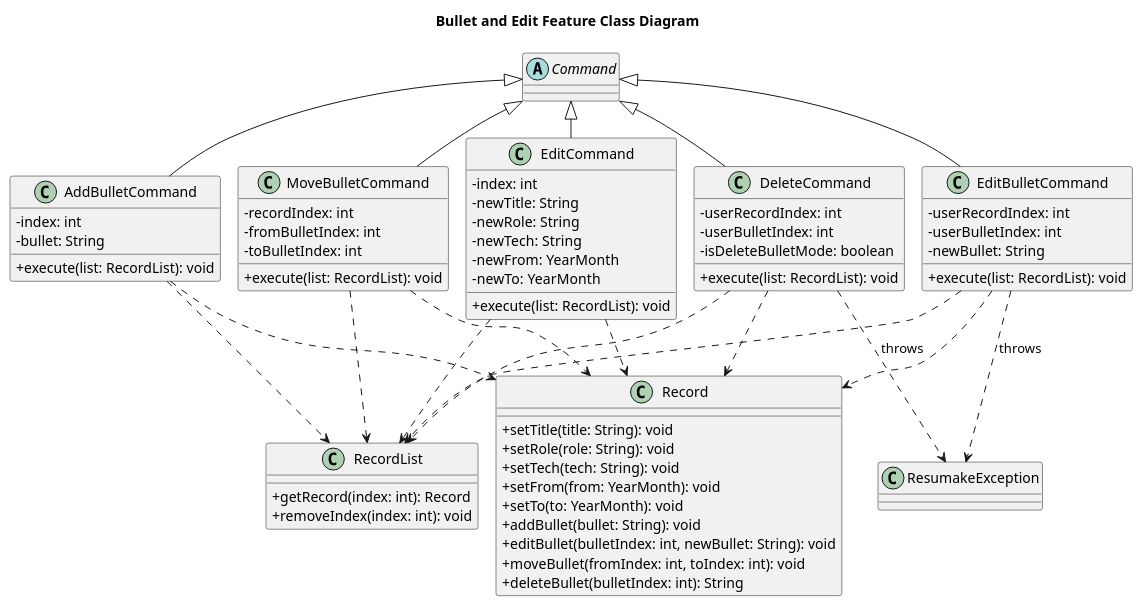
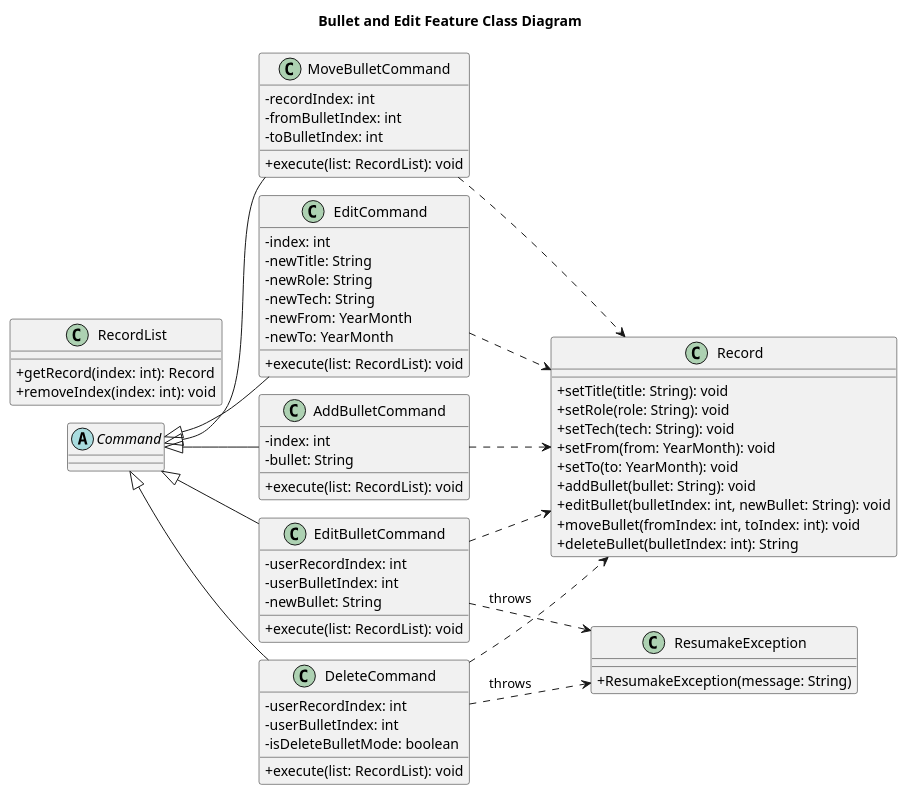
One commit to AY2526S2-CS2113-F09-2/tp changed the diagram in docs/diagrams/BulletAndEditClassDiagram.puml. Above: the diagram before and after it, drawn with PlantUML. The commit also changed 23 other files, not shown here.

Commit message:
Update UG and DG to align diagrams and command behavior

```diff
--- a/docs/diagrams/BulletAndEditClassDiagram.puml
+++ b/docs/diagrams/BulletAndEditClassDiagram.puml
@@ -1,86 +1,83 @@
 @startuml
 !pragma layout smetana
 skinparam classAttributeIconSize 0
+left to right direction
 
 title Bullet and Edit Feature Class Diagram
 
 abstract class Command
 
 class AddBulletCommand {
   -index: int
   -bullet: String
   +execute(list: RecordList): void
 }
 
 class EditBulletCommand {
   -userRecordIndex: int
   -userBulletIndex: int
   -newBullet: String
   +execute(list: RecordList): void
 }
 
 class MoveBulletCommand {
   -recordIndex: int
   -fromBulletIndex: int
   -toBulletIndex: int
   +execute(list: RecordList): void
 }
 
 class EditCommand {
   -index: int
   -newTitle: String
   -newRole: String
   -newTech: String
   -newFrom: YearMonth
   -newTo: YearMonth
   +execute(list: RecordList): void
 }
 
 class DeleteCommand {
   -userRecordIndex: int
   -userBulletIndex: int
   -isDeleteBulletMode: boolean
   +execute(list: RecordList): void
 }
 
 class RecordList {
   +getRecord(index: int): Record
   +removeIndex(index: int): void
 }
 
 class Record {
   +setTitle(title: String): void
   +setRole(role: String): void
   +setTech(tech: String): void
   +setFrom(from: YearMonth): void
   +setTo(to: YearMonth): void
   +addBullet(bullet: String): void
   +editBullet(bulletIndex: int, newBullet: String): void
   +moveBullet(fromIndex: int, toIndex: int): void
   +deleteBullet(bulletIndex: int): String
 }
 
-class ResumakeException
+class ResumakeException {
+  +ResumakeException(message: String)
+}
 
 Command <|-- AddBulletCommand
 Command <|-- EditBulletCommand
 Command <|-- MoveBulletCommand
 Command <|-- EditCommand
 Command <|-- DeleteCommand
-
-AddBulletCommand ..> RecordList
-EditBulletCommand ..> RecordList
-MoveBulletCommand ..> RecordList
-EditCommand ..> RecordList
-DeleteCommand ..> RecordList
 
 AddBulletCommand ..> Record
 EditBulletCommand ..> Record
 MoveBulletCommand ..> Record
 EditCommand ..> Record
 DeleteCommand ..> Record
 
 DeleteCommand ..> ResumakeException : throws
 EditBulletCommand ..> ResumakeException : throws
 
 @enduml
```
